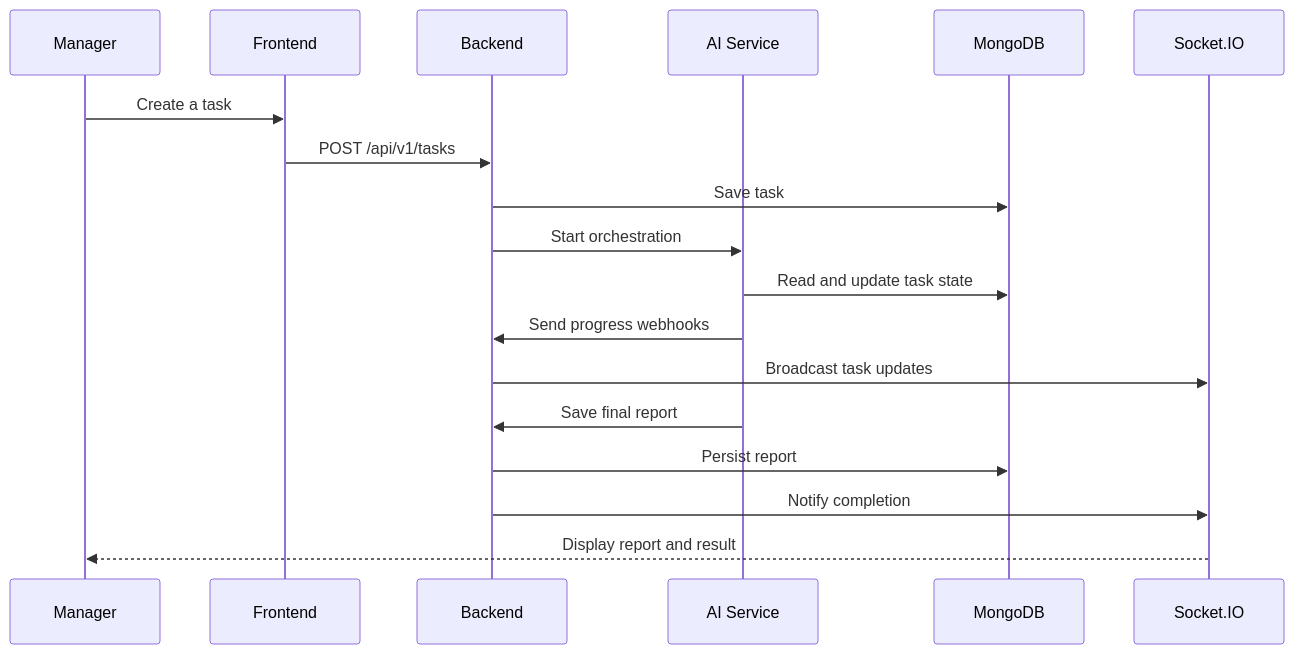
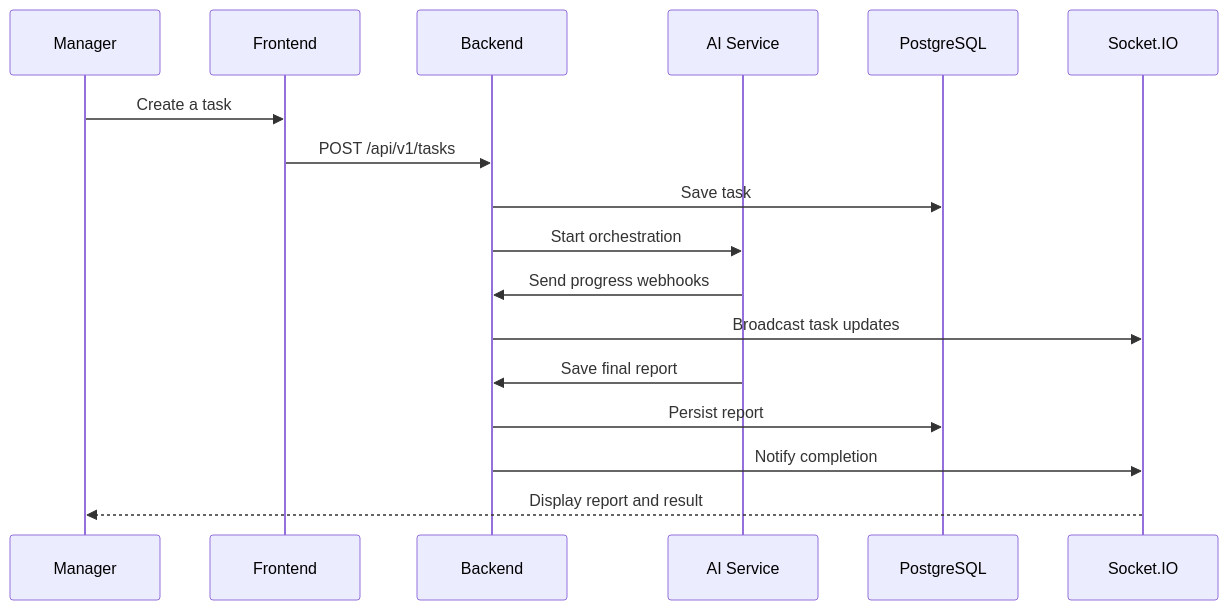
The second of 2 diagrams in README.md (msrikarthika-netizen/syncspace), drawn with Mermaid before and after one commit. The commit also changed other lines of this file and 24 other files, not shown here.

````diff
--- a/README.md
+++ b/README.md
@@ -104,21 +103,20 @@
 ```mermaid
 sequenceDiagram
   participant Manager
   participant Frontend
   participant Backend
   participant AI as AI Service
-  participant DB as MongoDB
+  participant DB as PostgreSQL
   participant Live as Socket.IO
 
   Manager->>Frontend: Create a task
   Frontend->>Backend: POST /api/v1/tasks
   Backend->>DB: Save task
   Backend->>AI: Start orchestration
-  AI->>DB: Read and update task state
   AI->>Backend: Send progress webhooks
   Backend->>Live: Broadcast task updates
   AI->>Backend: Save final report
   Backend->>DB: Persist report
   Backend->>Live: Notify completion
   Live-->>Manager: Display report and result
 ```
````
